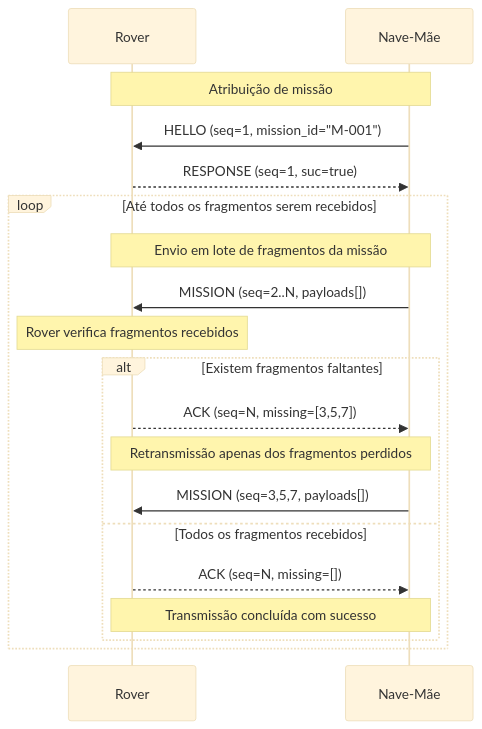
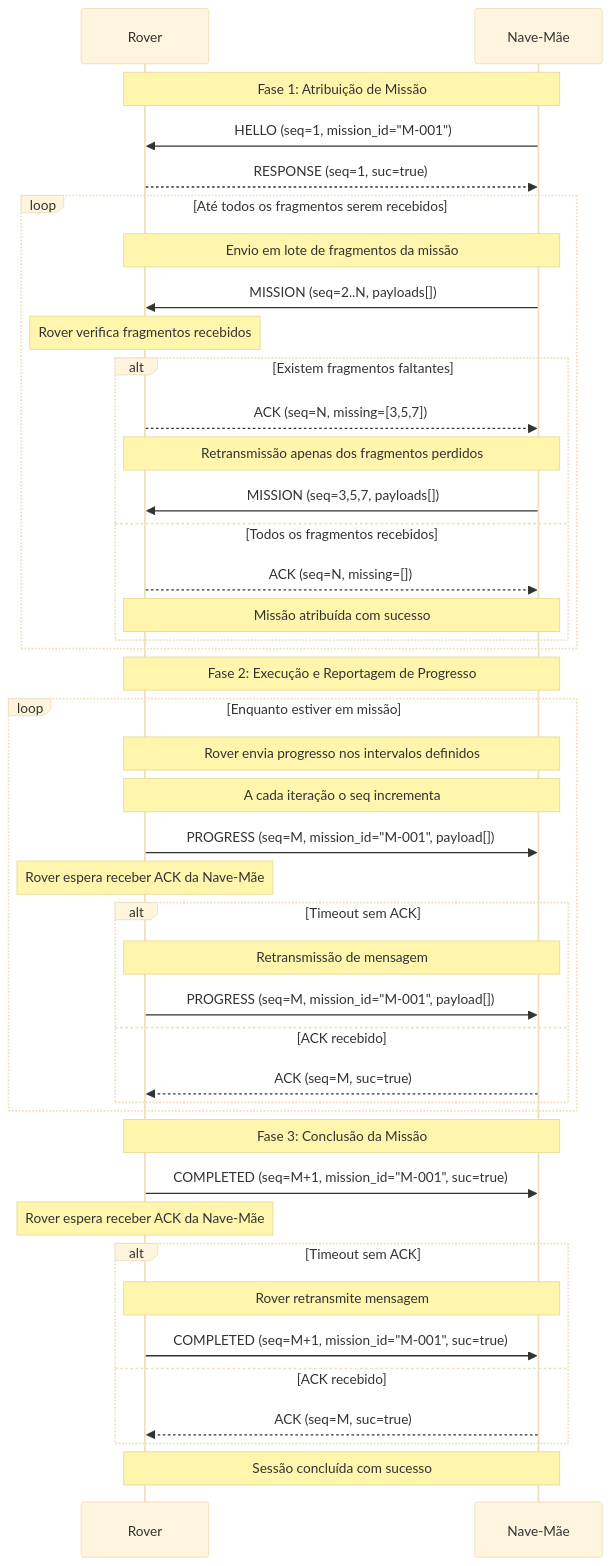
The diagram in protocolos.md (c0m1x/Comunicao-por-Computadores), drawn with Mermaid (base theme) before and after one commit. The commit also changed other lines of this file, not shown here.

````diff
--- a/protocolos.md
+++ b/protocolos.md
@@ -56,27 +57,60 @@
 ```mermaid
 sequenceDiagram
     participant R as Rover
     participant NM_UDP as Nave-Mãe 
 
-    Note over R,NM_UDP: Atribuição de missão
+    Note over R,NM_UDP: Fase 1: Atribuição de Missão
 
     NM_UDP->>R: HELLO (seq=1, mission_id="M-001")
     R-->>NM_UDP: RESPONSE (seq=1, suc=true)
 
     loop Até todos os fragmentos serem recebidos
         Note over NM_UDP,R: Envio em lote de fragmentos da missão
         NM_UDP->>R: MISSION (seq=2..N, payloads[])
       
         Note over R: Rover verifica fragmentos recebidos
       
         alt Existem fragmentos faltantes
           R-->>NM_UDP: ACK (seq=N, missing=[3,5,7])
             Note over NM_UDP,R: Retransmissão apenas dos fragmentos perdidos
             NM_UDP->>R: MISSION (seq=3,5,7, payloads[])
   
         else Todos os fragmentos recebidos
             R-->>NM_UDP: ACK (seq=N, missing=[])
-            Note over NM_UDP,R: Transmissão concluída com sucesso
+            Note over NM_UDP,R: Missão atribuída com sucesso
         end
     end
+
+    Note over R,NM_UDP: Fase 2: Execução e Reportagem de Progresso
+
+    loop Enquanto estiver em missão
+        Note over NM_UDP,R: Rover envia progresso nos intervalos definidos
+        Note over NM_UDP,R: A cada iteração o seq incrementa
+        
+        R->>NM_UDP: PROGRESS (seq=M, mission_id="M-001", payload[])
+
+        Note over R: Rover espera receber ACK da Nave-Mãe
+
+        alt Timeout sem ACK
+        Note over R, NM_UDP: Retransmissão de mensagem
+            R->>NM_UDP: PROGRESS (seq=M, mission_id="M-001", payload[])
+  
+        else ACK recebido
+            NM_UDP-->>R: ACK (seq=M, suc=true)
+        end
+    end
+
+    Note over R,NM_UDP: Fase 3: Conclusão da Missão
+    
+    R->>NM_UDP: COMPLETED (seq=M+1, mission_id="M-001", suc=true)
+    Note over R: Rover espera receber ACK da Nave-Mãe
+    alt Timeout sem ACK
+    Note over R, NM_UDP: Rover retransmite mensagem
+    R->>NM_UDP: COMPLETED (seq=M+1, mission_id="M-001", suc=true)
+  
+        else ACK recebido
+            NM_UDP-->>R: ACK (seq=M, suc=true)
+        end
+
+    Note over NM_UDP,R: Sessão concluída com sucesso
 ```
````
